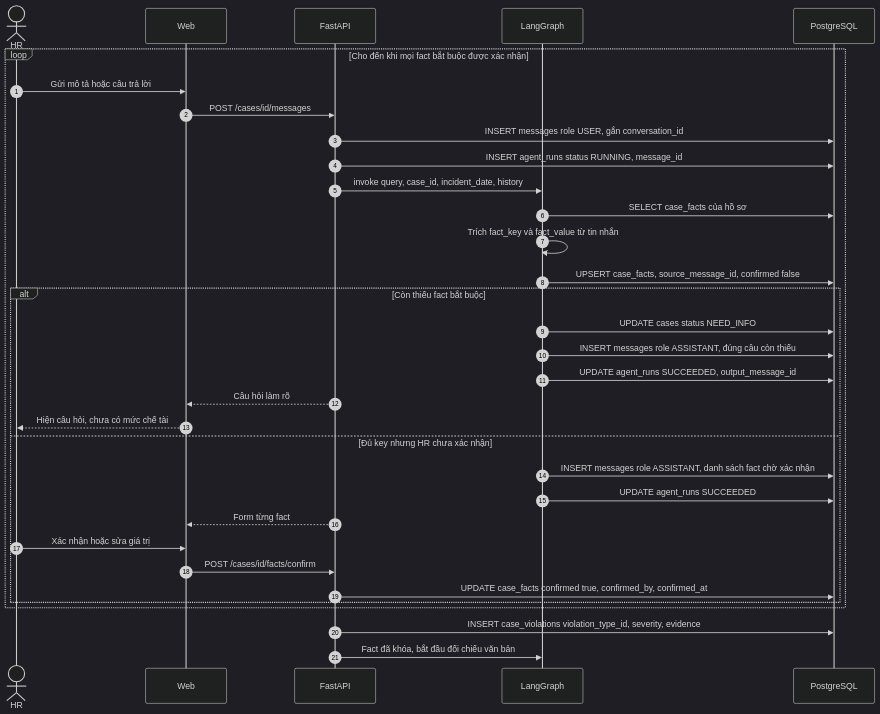
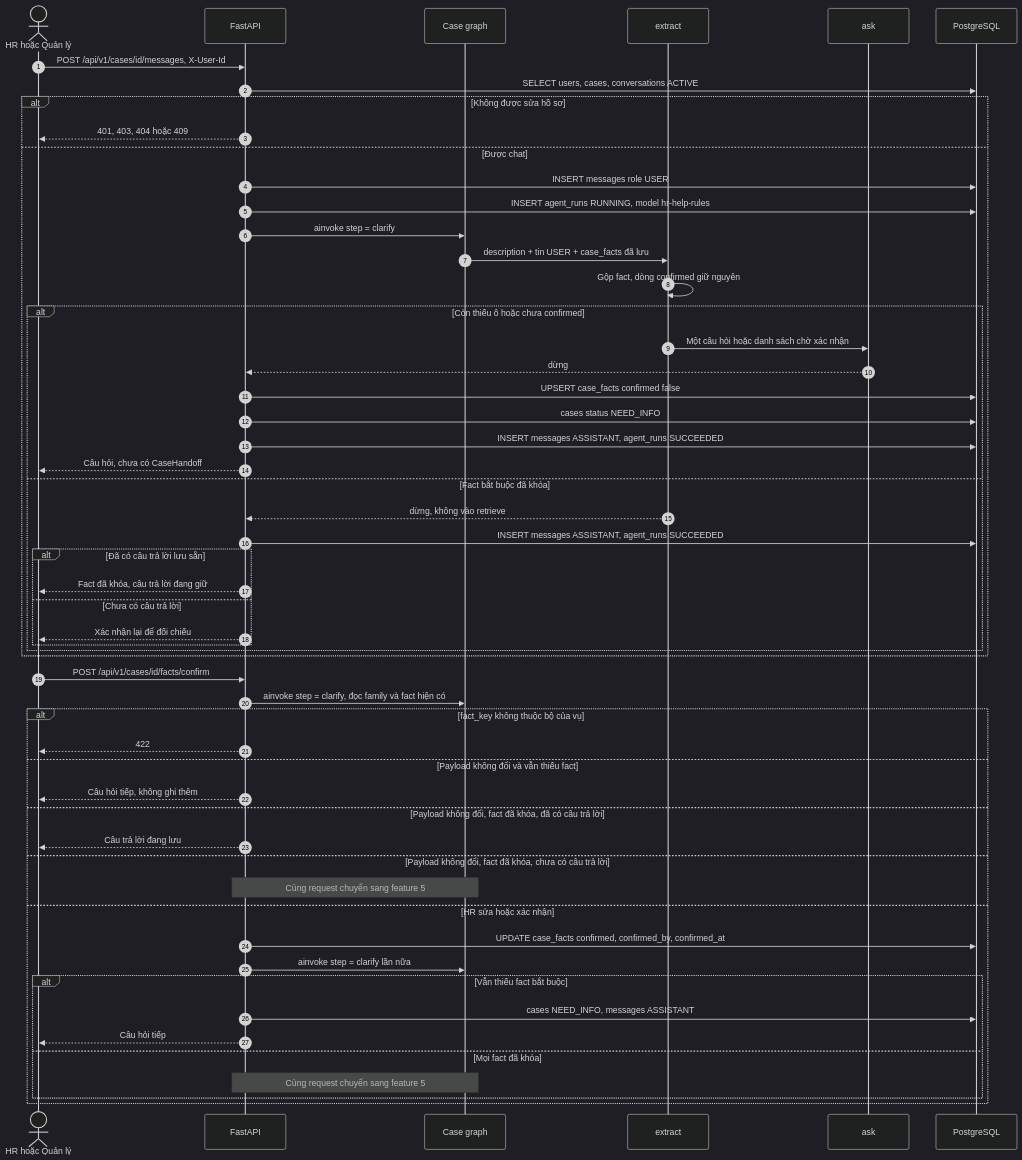
The fourth of 15 diagrams in docs/features/features.md (Tuan-Nguyen-Minhh/HRHelp), drawn with Mermaid (dark theme) before and after one commit. The commit also changed other lines of this file and 70 other files, not shown here.

````diff
--- a/docs/features/features.md
+++ b/docs/features/features.md
@@ -204,36 +233,59 @@
 ```mermaid
 sequenceDiagram
     autonumber
-    actor HR as HR
-    participant UI as Web
+    actor HR as HR hoặc Quản lý
     participant API as FastAPI
-    participant AG as LangGraph
+    participant CG as Case graph
+    participant EX as extract
+    participant ASK as ask
     participant DB as PostgreSQL
 
-    loop Cho đến khi mọi fact bắt buộc được xác nhận
-        HR->>UI: Gửi mô tả hoặc câu trả lời
-        UI->>API: POST /cases/id/messages
-        API->>DB: INSERT messages role USER, gắn conversation_id
-        API->>DB: INSERT agent_runs status RUNNING, message_id
-        API->>AG: invoke query, case_id, incident_date, history
-        AG->>DB: SELECT case_facts của hồ sơ
-        AG->>AG: Trích fact_key và fact_value từ tin nhắn
-        AG->>DB: UPSERT case_facts, source_message_id, confirmed false
-        alt Còn thiếu fact bắt buộc
-            AG->>DB: UPDATE cases status NEED_INFO
-            AG->>DB: INSERT messages role ASSISTANT, đúng câu còn thiếu
-            AG->>DB: UPDATE agent_runs SUCCEEDED, output_message_id
-            API-->>UI: Câu hỏi làm rõ
-            UI-->>HR: Hiện câu hỏi, chưa có mức chế tài
-        else Đủ key nhưng HR chưa xác nhận
-            AG->>DB: INSERT messages role ASSISTANT, danh sách fact chờ xác nhận
-            AG->>DB: UPDATE agent_runs SUCCEEDED
-            API-->>UI: Form từng fact
-            HR->>UI: Xác nhận hoặc sửa giá trị
-            UI->>API: POST /cases/id/facts/confirm
-            API->>DB: UPDATE case_facts confirmed true, confirmed_by, confirmed_at
+    HR->>API: POST /api/v1/cases/id/messages, X-User-Id
+    API->>DB: SELECT users, cases, conversations ACTIVE
+    alt Không được sửa hồ sơ
+        API-->>HR: 401, 403, 404 hoặc 409
+    else Được chat
+        API->>DB: INSERT messages role USER
+        API->>DB: INSERT agent_runs RUNNING, model hr-help-rules
+        API->>CG: ainvoke step = clarify
+        CG->>EX: description + tin USER + case_facts đã lưu
+        EX->>EX: Gộp fact, dòng confirmed giữ nguyên
+        alt Còn thiếu ô hoặc chưa confirmed
+            EX->>ASK: Một câu hỏi hoặc danh sách chờ xác nhận
+            ASK-->>API: dừng
+            API->>DB: UPSERT case_facts confirmed false
+            API->>DB: cases status NEED_INFO
+            API->>DB: INSERT messages ASSISTANT, agent_runs SUCCEEDED
+            API-->>HR: Câu hỏi, chưa có CaseHandoff
+        else Fact bắt buộc đã khóa
+            EX-->>API: dừng, không vào retrieve
+            API->>DB: INSERT messages ASSISTANT, agent_runs SUCCEEDED
+            alt Đã có câu trả lời lưu sẵn
+                API-->>HR: Fact đã khóa, câu trả lời đang giữ
+            else Chưa có câu trả lời
+                API-->>HR: Xác nhận lại để đối chiếu
+            end
         end
     end
-    API->>DB: INSERT case_violations violation_type_id, severity, evidence
-    API->>AG: Fact đã khóa, bắt đầu đối chiếu văn bản
+
+    HR->>API: POST /api/v1/cases/id/facts/confirm
+    API->>CG: ainvoke step = clarify, đọc family và fact hiện có
+    alt fact_key không thuộc bộ của vụ
+        API-->>HR: 422
+    else Payload không đổi và vẫn thiếu fact
+        API-->>HR: Câu hỏi tiếp, không ghi thêm
+    else Payload không đổi, fact đã khóa, đã có câu trả lời
+        API-->>HR: Câu trả lời đang lưu
+    else Payload không đổi, fact đã khóa, chưa có câu trả lời
+        Note over API,CG: Cùng request chuyển sang feature 5
+    else HR sửa hoặc xác nhận
+        API->>DB: UPDATE case_facts confirmed, confirmed_by, confirmed_at
+        API->>CG: ainvoke step = clarify lần nữa
+        alt Vẫn thiếu fact bắt buộc
+            API->>DB: cases NEED_INFO, messages ASSISTANT
+            API-->>HR: Câu hỏi tiếp
+        else Mọi fact đã khóa
+            Note over API,CG: Cùng request chuyển sang feature 5
+        end
+    end
 ```
````
